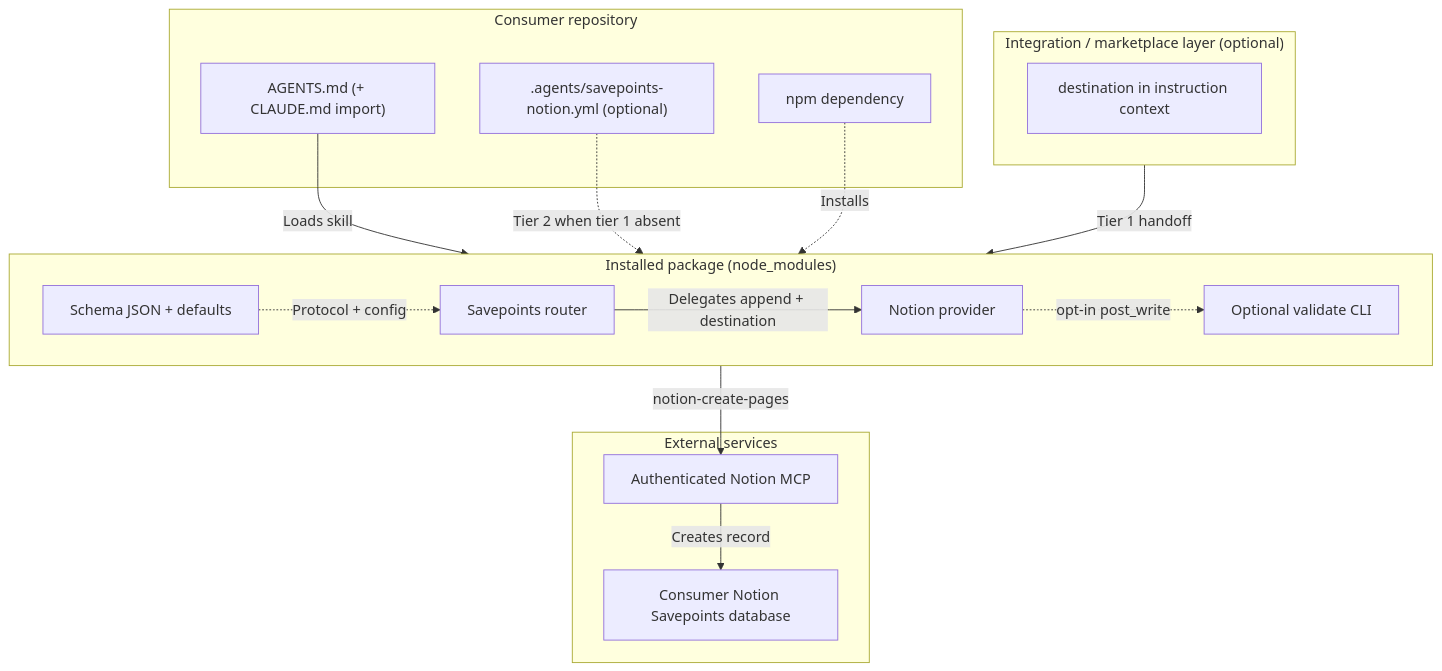
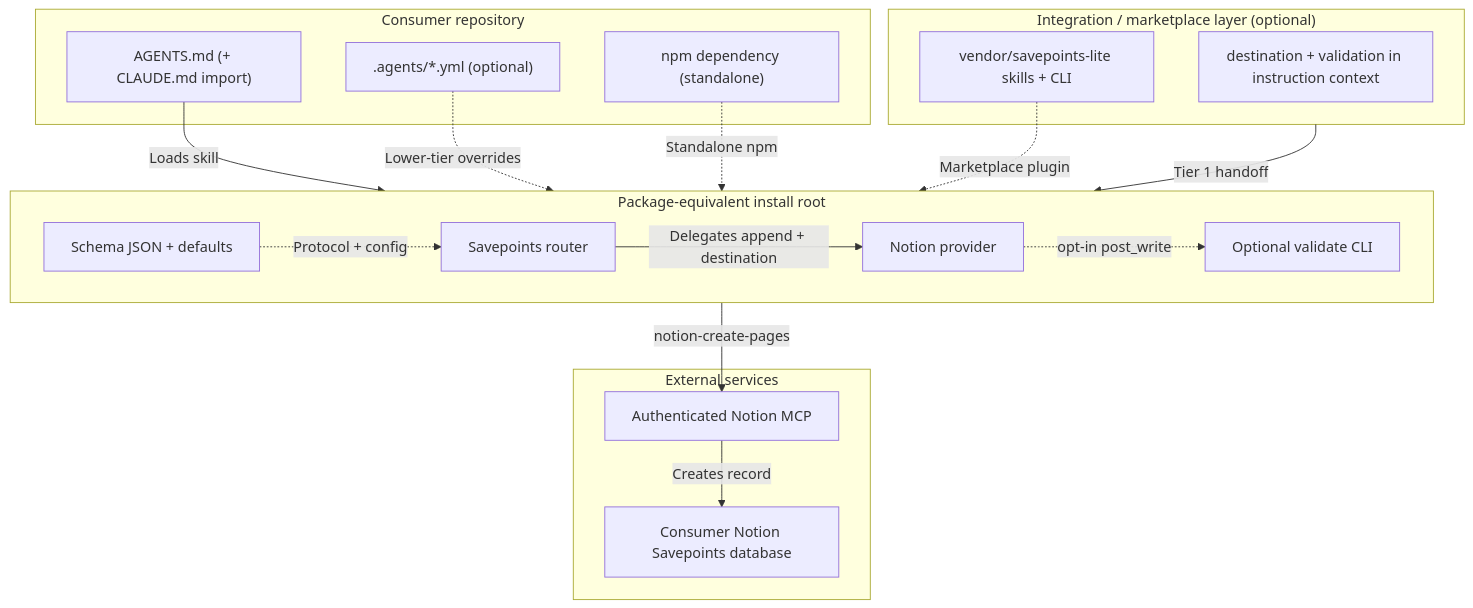
Before and after one commit to multipliers-dev/savepoints-lite: the diagram in docs/architecture.md, drawn with Mermaid. The commit also changed other lines of this file and 16 other files, not shown here.

````diff
--- a/docs/architecture.md
+++ b/docs/architecture.md
@@ -7,35 +7,37 @@
 ```mermaid
 flowchart TB
     subgraph Consumer["Consumer repository"]
         Activation["AGENTS.md (+ CLAUDE.md import)"]
-        Package["npm dependency"]
-        AgentsYml[".agents/savepoints-notion.yml (optional)"]
+        Package["npm dependency (standalone)"]
+        AgentsYml[".agents/*.yml (optional)"]
     end
 
     subgraph Integration["Integration / marketplace layer (optional)"]
-        Tier1["destination in instruction context"]
+        Tier1["destination + validation in instruction context"]
+        Vendor["vendor/savepoints-lite skills + CLI"]
     end
 
-    subgraph Installed["Installed package (node_modules)"]
+    subgraph Installed["Package-equivalent install root"]
         direction LR
         Schema["Schema JSON + defaults"]
         Router["Savepoints router"]
         Provider["Notion provider"]
         Validator["Optional validate CLI"]
     end
 
     subgraph External["External services"]
         MCP["Authenticated Notion MCP"]
         Database["Consumer Notion Savepoints database"]
     end
 
-    Package -.->|"Installs"| Installed
+    Package -.->|"Standalone npm"| Installed
+    Vendor -.->|"Marketplace plugin"| Installed
     Integration -->|"Tier 1 handoff"| Router
     Activation -->|"Loads skill"| Router
-    AgentsYml -.->|"Tier 2 when tier 1 absent"| Provider
+    AgentsYml -.->|"Lower-tier overrides"| Router
     Schema -.->|"Protocol + config"| Router
     Router -->|"Delegates append + destination"| Provider
     Provider -->|"notion-create-pages"| MCP
     MCP -->|"Creates record"| Database
     Provider -.->|"opt-in post_write"| Validator
 ```
````
